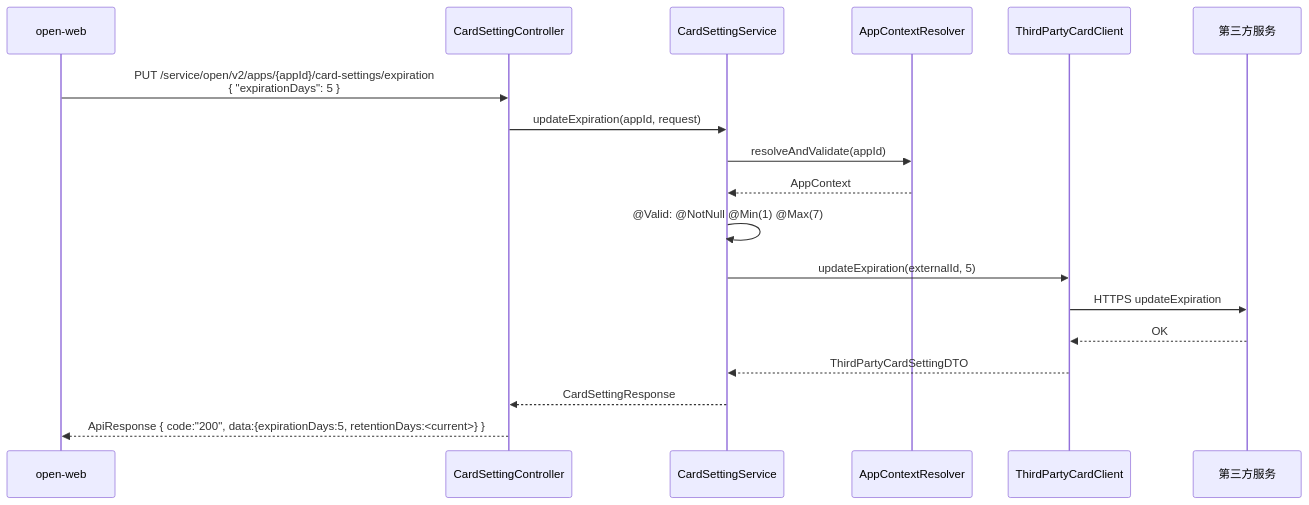
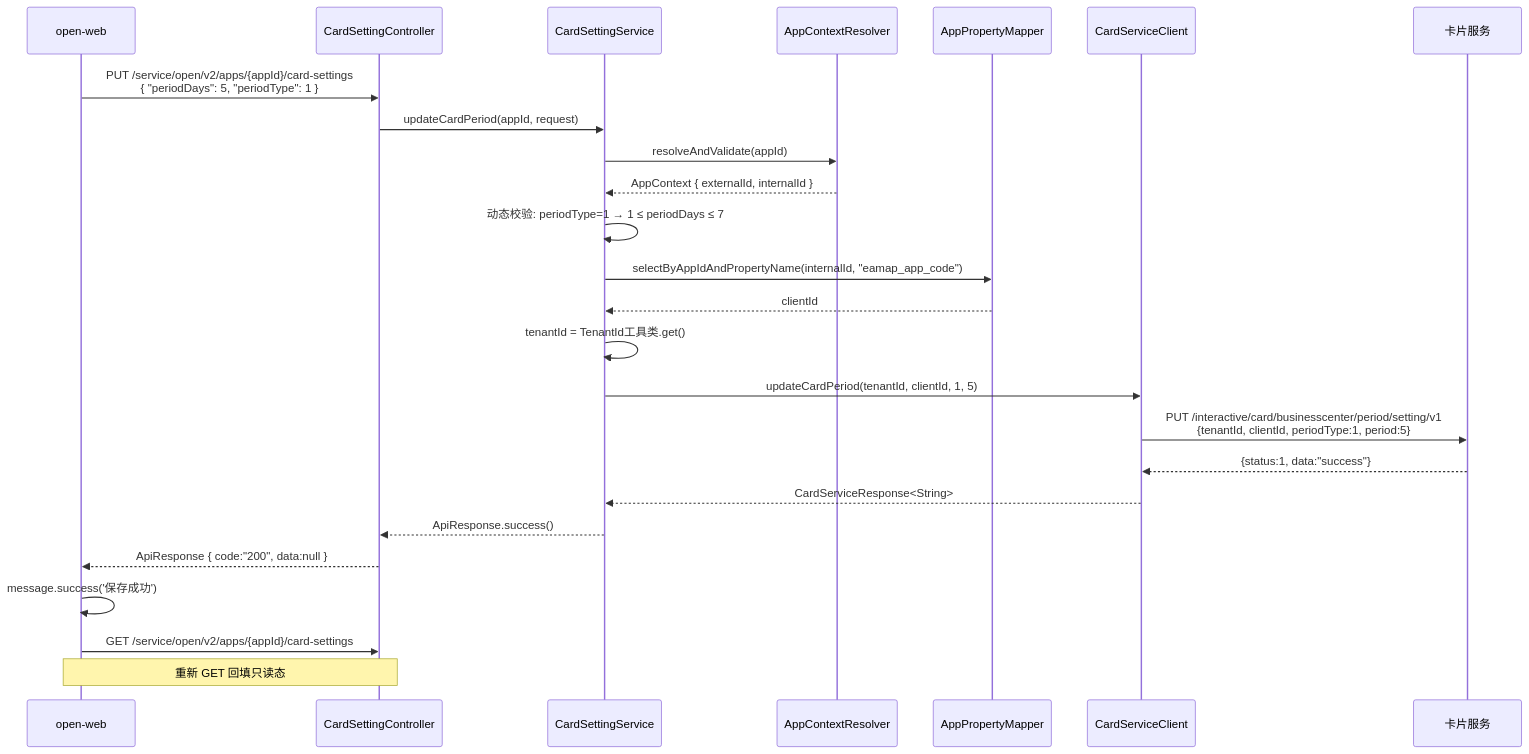
The fifth of 6 diagrams in docs/card-setting-requirement.md (THZSummer/open-app), drawn with Mermaid before and after one commit. The commit also changed other lines of this file and 2 other files, not shown here.

First line of the commit message:
docs(card-setting): 卡片设置板块文档对齐到 v0.5/v1.1

````diff
--- a/docs/card-setting-requirement.md
+++ b/docs/card-setting-requirement.md
@@ -398,21 +453,28 @@
 ```mermaid
 sequenceDiagram
     participant FE as open-web
     participant CS as CardSettingController
     participant SV as CardSettingService
     participant AR as AppContextResolver
-    participant TC as ThirdPartyCardClient
-    participant TP as 第三方服务
+    participant AP as AppPropertyMapper
+    participant TC as CardServiceClient
+    participant CSvc as 卡片服务
 
-    FE->>CS: PUT /service/open/v2/apps/{appId}/card-settings/expiration<br/>{ "expirationDays": 5 }
-    CS->>SV: updateExpiration(appId, request)
+    FE->>CS: PUT /service/open/v2/apps/{appId}/card-settings<br/>{ "periodDays": 5, "periodType": 1 }
+    CS->>SV: updateCardPeriod(appId, request)
     SV->>AR: resolveAndValidate(appId)
-    AR-->>SV: AppContext
-    SV->>SV: @Valid: @NotNull @Min(1) @Max(7)
-    SV->>TC: updateExpiration(externalId, 5)
-    TC->>TP: HTTPS updateExpiration
-    TP-->>TC: OK
-    TC-->>SV: ThirdPartyCardSettingDTO
-    SV-->>CS: CardSettingResponse
-    CS-->>FE: ApiResponse { code:"200", data:{expirationDays:5, retentionDays:<current>} }
+    AR-->>SV: AppContext { externalId, internalId }
+    SV->>SV: 动态校验: periodType=1 → 1 ≤ periodDays ≤ 7
+    SV->>AP: selectByAppIdAndPropertyName(internalId, "eamap_app_code")
+    AP-->>SV: clientId
+    SV->>SV: tenantId = TenantId工具类.get()
+    SV->>TC: updateCardPeriod(tenantId, clientId, 1, 5)
+    TC->>CSvc: PUT /interactive/card/businesscenter/period/setting/v1<br/>{tenantId, clientId, periodType:1, period:5}
+    CSvc-->>TC: {status:1, data:"success"}
+    TC-->>SV: CardServiceResponse<String>
+    SV-->>CS: ApiResponse.success()
+    CS-->>FE: ApiResponse { code:"200", data:null }
+    FE->>FE: message.success('保存成功')
+    FE->>CS: GET /service/open/v2/apps/{appId}/card-settings
+    Note over FE,CS: 重新 GET 回填只读态
 ```
````
